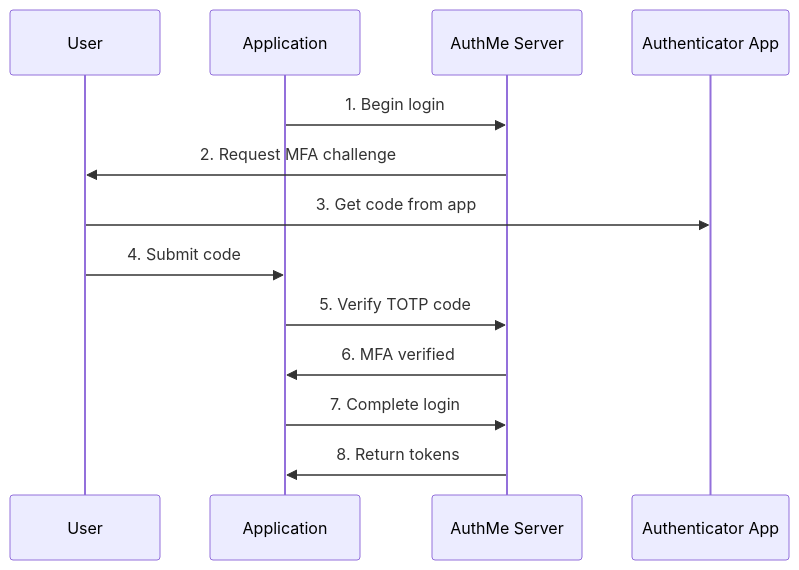
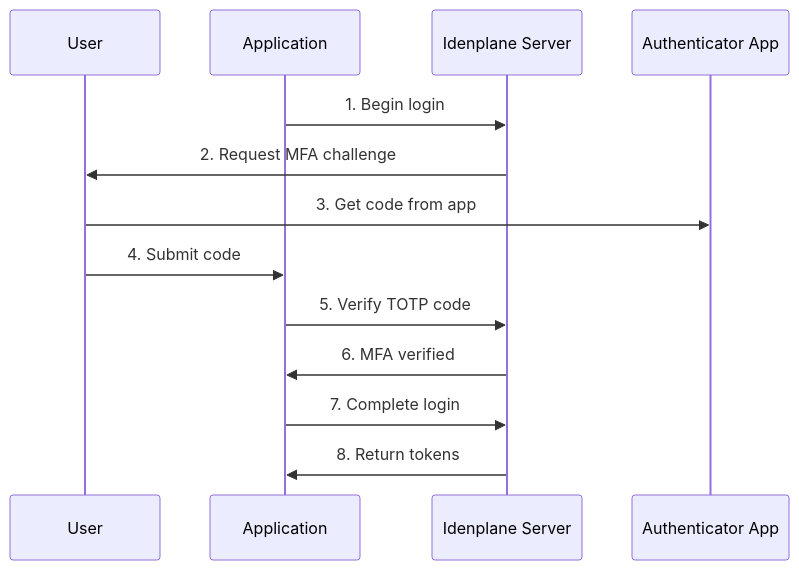
One commit to idenplane/idenplane changed the second of 2 diagrams in docs/docs/guides/mfa.mdx. Above: the diagram before and after it, drawn with Mermaid. The commit also changed other lines of this file and 582 other files, not shown here.

First line of the commit message:
chore(rebrand): rename project from AuthMe to Idenplane (#889)

````diff
--- a/docs/docs/guides/mfa.mdx
+++ b/docs/docs/guides/mfa.mdx
@@ -137,16 +137,16 @@
 ```mermaid
 sequenceDiagram
     participant User as User
     participant App as Application
-    participant AuthMe as AuthMe Server
+    participant Idenplane as Idenplane Server
     participant Auth as Authenticator App
 
-    App->>AuthMe: 1. Begin login
-    AuthMe->>User: 2. Request MFA challenge
+    App->>Idenplane: 1. Begin login
+    Idenplane->>User: 2. Request MFA challenge
     User->>Auth: 3. Get code from app
     User->>App: 4. Submit code
-    App->>AuthMe: 5. Verify TOTP code
-    AuthMe->>App: 6. MFA verified
-    App->>AuthMe: 7. Complete login
-    AuthMe->>App: 8. Return tokens
+    App->>Idenplane: 5. Verify TOTP code
+    Idenplane->>App: 6. MFA verified
+    App->>Idenplane: 7. Complete login
+    Idenplane->>App: 8. Return tokens
 ```
````
